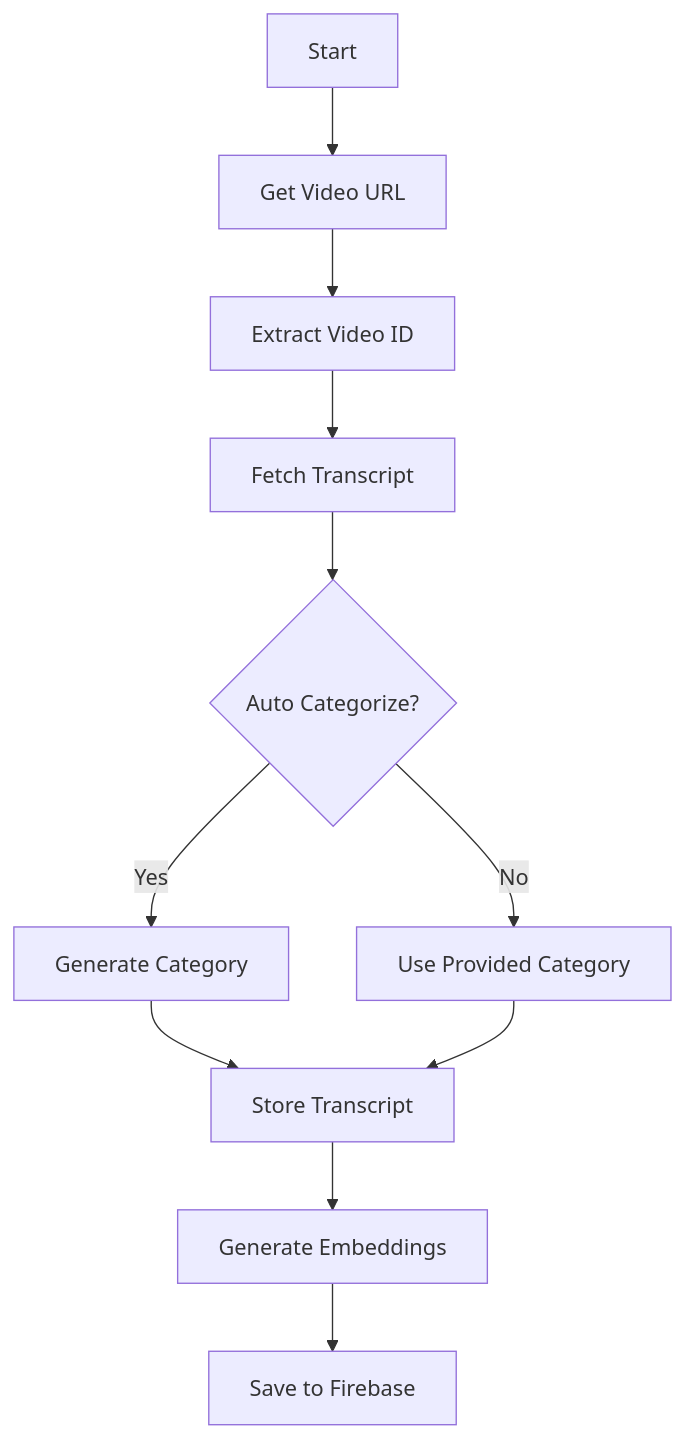
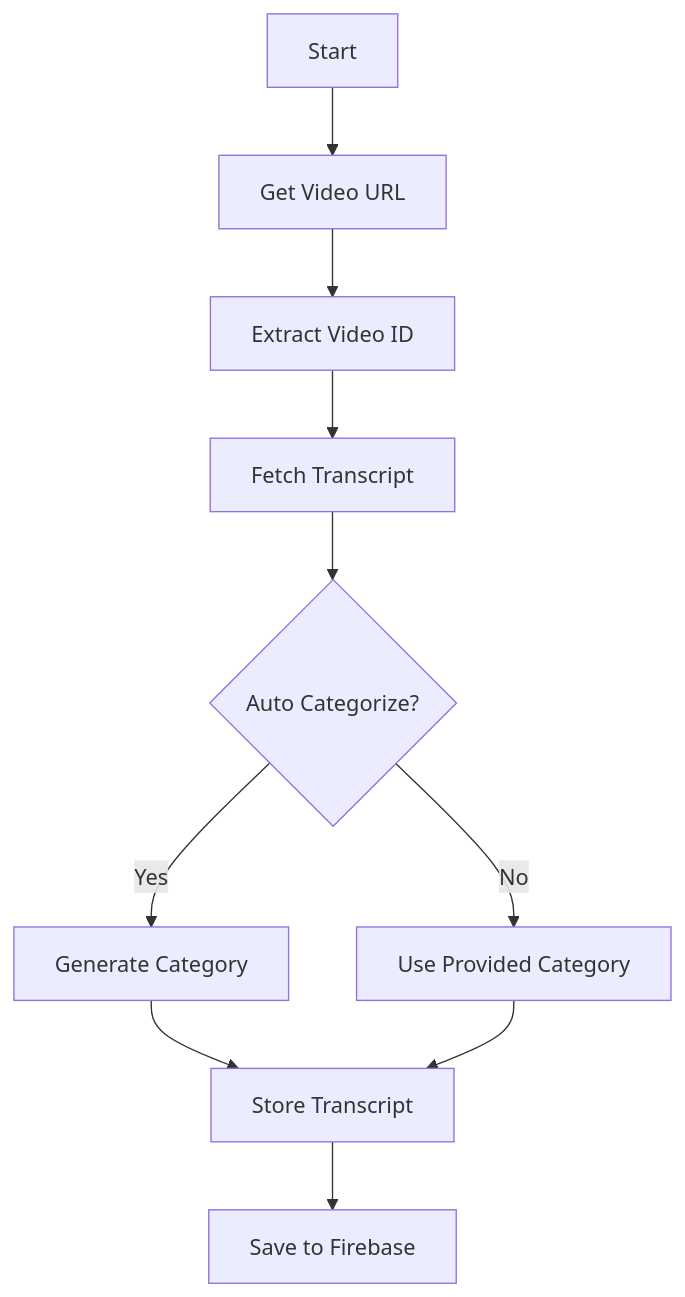
Before and after one commit to blackprince001/scripter-tool-system: the second of 5 diagrams in APPLICATION_FLOW.md, drawn with Mermaid. The commit also changed other lines of this file, not shown here.

Commit message:
refactor: Update APPLICATION_FLOW.md to streamline transcript storage process
- Modified the flowchart to reflect the change in the transcript storage process by removing the embedding generation step before saving to Firebase.
- Updated implementation steps to remove the mention of storing embeddings in Firebase, simplifying the workflow.

````diff
--- a/APPLICATION_FLOW.md
+++ b/APPLICATION_FLOW.md
@@ -33,13 +33,12 @@
 ```mermaid
 flowchart TD
     A[Start] --> B[Get Video URL]
     B --> C[Extract Video ID]
     C --> D[Fetch Transcript]
     D --> E{Auto Categorize?}
     E -- Yes --> F[Generate Category]
     E -- No --> G[Use Provided Category]
     F --> H[Store Transcript]
     G --> H
-    H --> I[Generate Embeddings]
-    I --> J[Save to Firebase]
+    H --> I[Save to Firebase]
 ```
````
